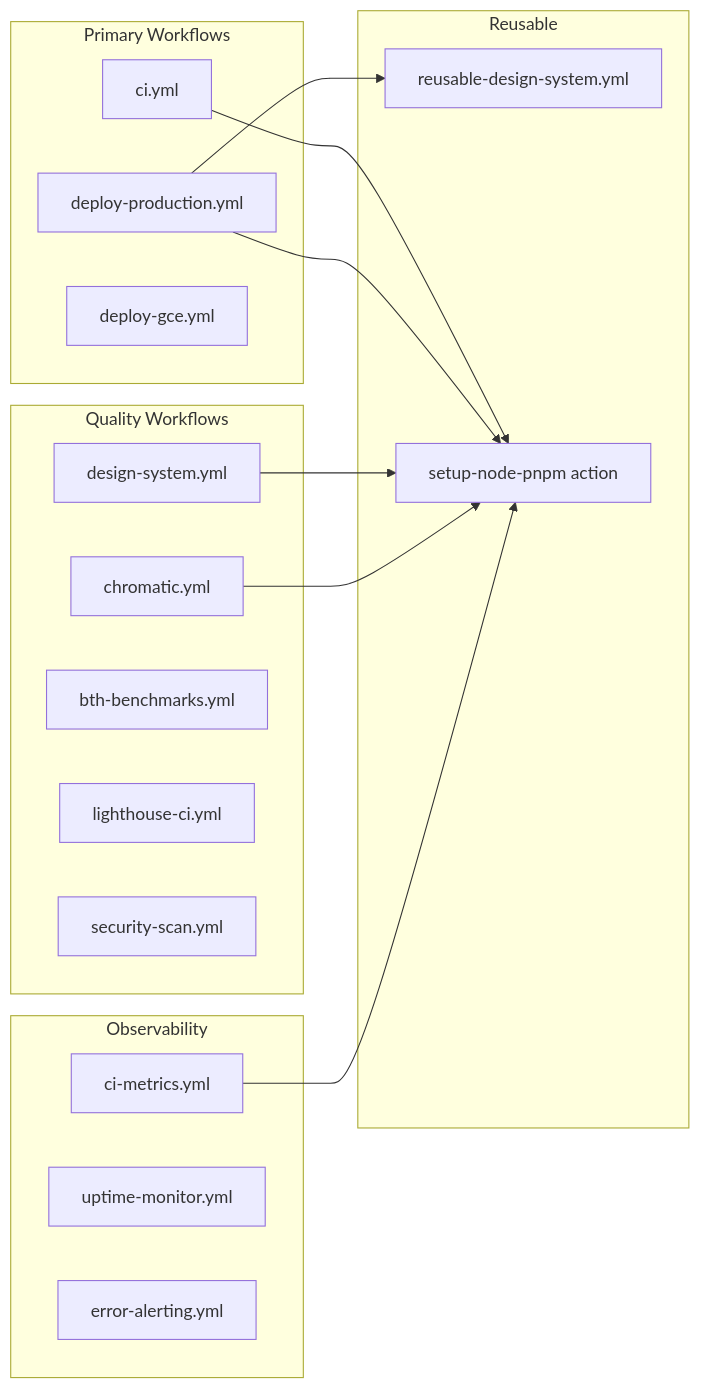
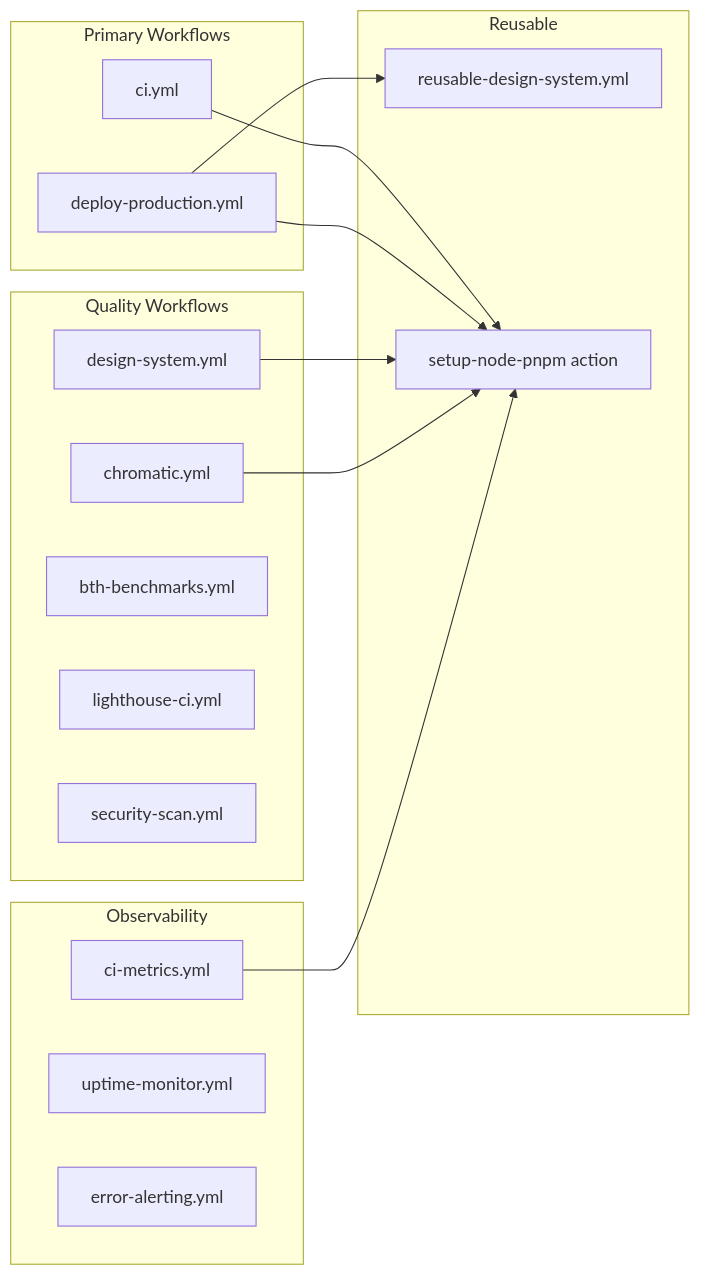
One commit to ferni-ai/voiceai changed the second of 2 diagrams in docs/architecture/ci-deployment-current.md. Above: the diagram before and after it, drawn with Mermaid. The commit also changed other lines of this file and 17 other files, not shown here.

First line of the commit message:
chore(deploy): retire the dead gce voice-agent deploy path

````diff
--- a/docs/architecture/ci-deployment-current.md
+++ b/docs/architecture/ci-deployment-current.md
@@ -93,34 +100,33 @@
 ```mermaid
 flowchart LR
     subgraph "Primary Workflows"
         ci[ci.yml]
         deploy_prod[deploy-production.yml]
-        deploy_gce[deploy-gce.yml]
     end
 
     subgraph "Quality Workflows"
         design[design-system.yml]
         chromatic[chromatic.yml]
         bth[bth-benchmarks.yml]
         lighthouse[lighthouse-ci.yml]
         security[security-scan.yml]
     end
 
     subgraph "Observability"
         metrics[ci-metrics.yml]
         uptime[uptime-monitor.yml]
         errors[error-alerting.yml]
     end
 
     subgraph "Reusable"
         reusable_design[reusable-design-system.yml]
         composite[setup-node-pnpm action]
     end
 
     ci --> composite
     deploy_prod --> composite
     deploy_prod --> reusable_design
     design --> composite
     chromatic --> composite
     metrics --> composite
 ```
````
